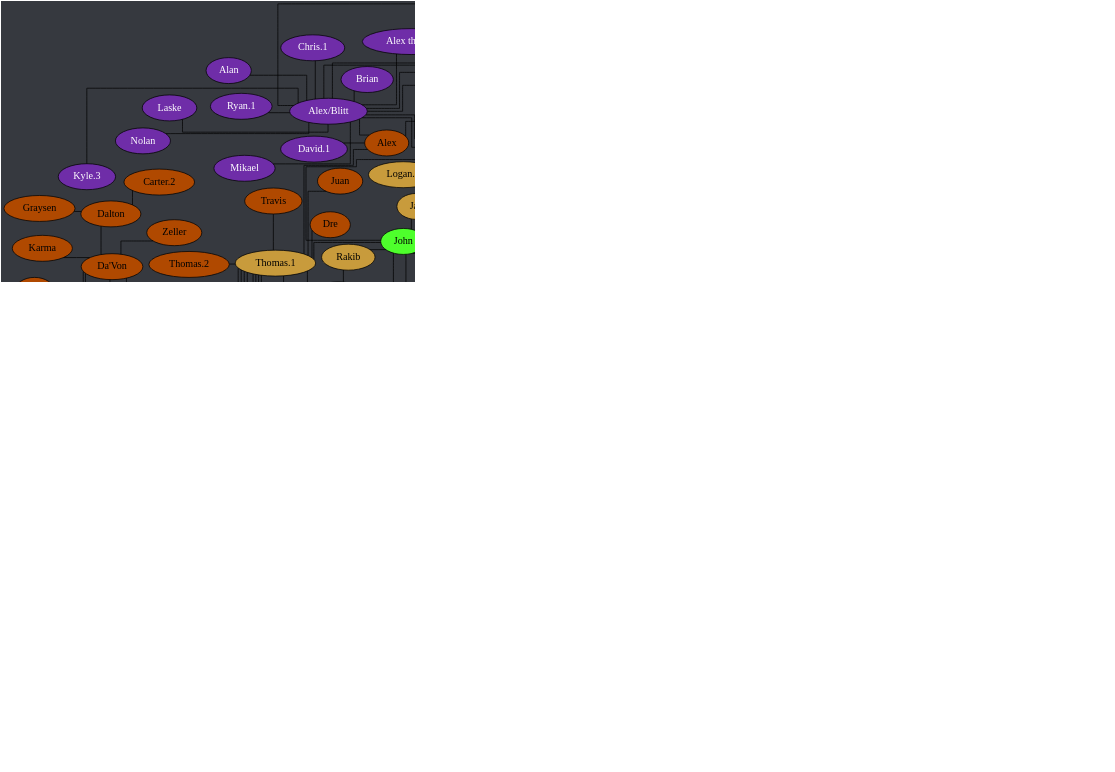
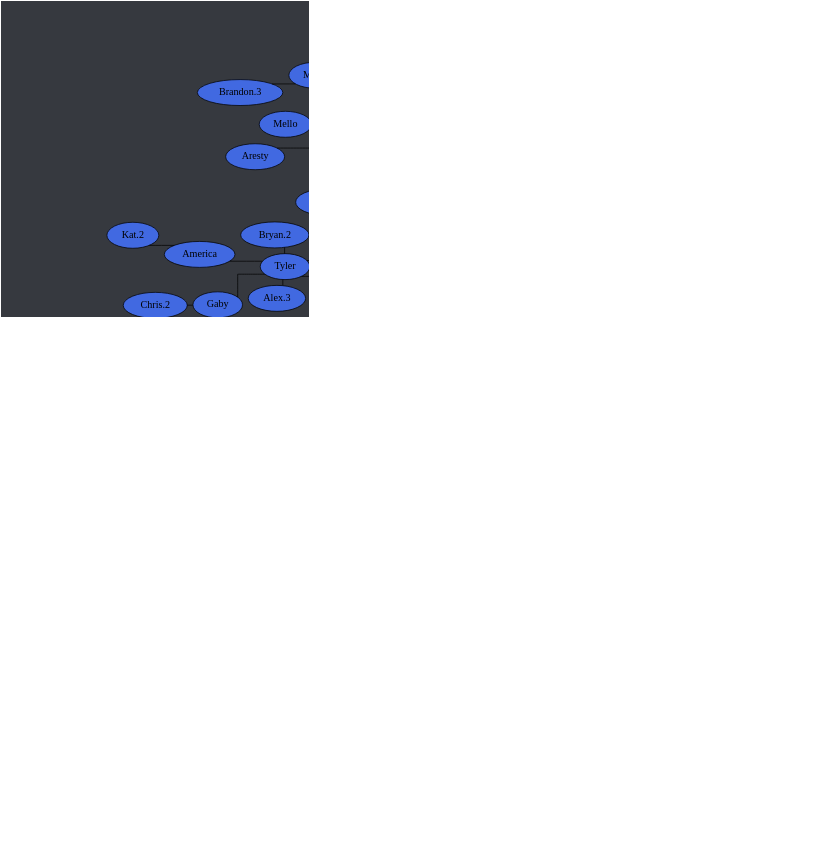
Before and after one commit to Documidas/CoronaCatzFamilyTree: the diagram in tree.dot, drawn with Graphviz. The commit also changed 1 other file, not shown here.

```diff
--- a/tree.dot
+++ b/tree.dot
@@ -20,16 +20,13 @@
 		Cayla -- Ali;
 		Cayla -- Jake;
 		Cayla -- Jonathan;
-		Cayla -- Kate;
 		Cayla -- "Nick.1";
 		Cayla -- Ranger;
 		Cayla -- Ross;
 		Joel -- Anders;
 		Joel -- Austin;
 		Joel -- Cayla;
-		Joel -- Conner;
 		Joel -- Jared;
-		Joel -- "Kat.1";
 		Joel -- Patrick;
 		Joel -- Steven;
 		Joel -- Zachry;
@@ -46,40 +43,31 @@
 		Anders -- Daniel;
 		Anders -- Derek;
 		Anders -- DJ;
-		Anders -- Hahnur;
 		Anders -- Jen;
 		Anders -- "Matt.2";
 		Anders -- Solis;
-		Anders -- Will;
 		Anders -- Wyatt;
 		Anders -- Viwat;
 		Anders -- "Zach.0";
 		Anders -- Zack;
-		Viwat -- Artur;
 	}
 
 	subgraph "Jared" {
 		node [ style=filled fillcolor="royalblue" fontcolor="black" ];
 		// Jared [ style=filled fillcolor="royalblue" fontcolor="black" ];
 
-		"Andrew.1" -- Hannah;
+		Aly -- "Nick.2";
 		America -- "Kat.2";
-		Bianca -- "Alex.2";
 		Brandi -- Justine;
 		"Bryan.1" -- "Brandon.2";
 		"Bryan.1" -- "Cody.2";
 		"Bryan.1" -- Lori;
 		"Bryan.1" -- "Matt.3";
 		"Bryan.1" -- Nebtune;
-		"Carter-1.0" -- Tom;
-		Chad -- Pie;
 		Donnie -- Aiyo;
+		Donnie -- "Alex.2";
 		Donnie -- Aresty;
-		Donnie -- Ashe;
-		Donnie -- Bianca;
 		Donnie -- "Bryan.1";
-		Donnie -- Darrock;
-		Donnie -- Eggie;
 		Donnie -- Hua;
 		Donnie -- Mello;
 		Donnie -- Mia;
@@ -87,60 +75,40 @@
 		Donnie -- Moon;
 		Donnie -- "Nick.2";
 		Donnie -- Naomi;
-		Donnie -- Rinni;
 		Donnie -- Serge;
-		Donnie -- Troy;
 		Donnie -- Vala;
 		Gaby -- "Chris.2";
-		Greg -- "Andrew.1";
-		Greg -- "Carter-1.0";
-		Greg -- Ina;
-		Greg -- "John Boi";
-		Greg -- Tails;
-		Greg -- Tanyon;
-		Hannah -- Raana;
 		Lori -- "Brandon.1";
 		Jared -- Alexander;
 		Jared -- Ben;
 		Jared -- Brandi;
+		Jared -- "Carter-1.0";
 		Jared -- Chad;
 		Jared -- Dave;
 		Jared -- Donnie;
 		Jared -- Em;
 		Jared -- Fabi;
 		Jared -- Frank;
-		Jared -- Greg;
-		Jared -- Isabelle;
-		Jared -- "Jack.2";
+		Jared -- Hannah;
+		Jared -- "John Boi";
 		Jared -- "Josh.2";
-		Jared -- Julie;
-		Jared -- Kamon;
 		Jared -- Mason;
 		Jared -- "Matt.1";
 		Jared -- Mehmet;
-		Jared -- Michael; 
 		Jared -- Nam;
 		Jared -- Pixie;
-		Jared -- Shannon;
 		Jared -- Spencer;
-		Jared -- Steff;
-		Jared -- "Tyler.1";
+		Jared -- Tyler;
 		Jared -- "Zach/Laniakea";
 		Jared -- Zoe;
 		"John Boi" -- Hardie;
-		Mason -- Tommy;
 		Mimi -- Hia;
 		Moon -- "Brandon.3";
-		Steff -- JC;
-		Troy -- Drake;
-		"Tyler.1" -- Aly;
-		"Tyler.1" -- "Alex.3";
-		"Tyler.1" -- America;
-		"Tyler.1" -- Andrey;
-		"Tyler.1" -- "Bryan.2";
-		"Tyler.1" -- Gaby;
-		"Tyler.1" -- Gage;
-		"Tyler.1" -- "Tyler.2";
+		Tyler -- Aly;
+		Tyler -- "Alex.3";
+		Tyler -- America;
+		Tyler -- "Bryan.2";
+		Tyler -- Gaby;
 		Zoe -- Aiden;
 	}
 
@@ -151,8 +119,6 @@
 		"Caio.2" -- "Kyle.1";
 		"Caio.2" -- Lucas;
 		"Ryan/Des" -- Marcus;
-		"Ryan/Wenger" -- Gracie;
-		"Zach/Laniakea" -- Allen;
 		"Zach/Laniakea" -- "Caio.2";
 		"Zach/Laniakea" -- John;
 		"Zach/Laniakea" -- "Logan.1";
@@ -175,47 +141,23 @@
 		John -- Jay;
 		John -- "Jack.1";
 		John -- Lara;
-		John -- Monarch;
-		John -- Rakib;
 		John -- "Thomas.1";
-		Rakib -- Hazel;
-	}
-
-	subgraph "John-stream" {
-		// node [ style=filled fillcolor="#9147ff" fontcolor="black" ];
-		node [ style=filled fillcolor="#c89b3c" fontcolor="black" ];
-
-		John -- "Michael/Wheezy";
 	}
 
 	subgraph "Thomas.1" {
 		node [ style=filled fillcolor="#b04900" fontcolor="black" ];
 		// "Thomas.1" [ style=filled fillcolor="#b04900" fontcolor="black" ];
 
-		"Da'Von" -- Brittany;
 		"Da'Von" -- Dalton;
 		"Da'Von" -- Jon;
 		"Da'Von" -- Karma;
-		"Da'Von" -- Ram;
 		"Da'Von" -- Zeller;
 		Dalton -- "Carter.2";
-		Dalton -- Graysen;
-		"Thomas.1" -- Ahmeed;
 		"Thomas.1" -- Alex;
-		"Thomas.1" -- Bob;
 		"Thomas.1" -- "Da'Von";
 		"Thomas.1" -- Dre;
-		"Thomas.1" -- JD;
 		"Thomas.1" -- "Josh.1";
-		"Thomas.1" -- Juan;
-		"Thomas.1" -- Pat;
-		"Thomas.1" -- Puff;
-		"Thomas.1" -- Taylor;
-		"Thomas.1" -- "Thomas.2";
 		"Thomas.1" -- "Tony.1";
-		"Thomas.1" -- "Tony.2";
-		"Thomas.1" -- Travis;
-		"Tony.1" -- Hari;
 	}
 
 	subgraph "Alex" {
@@ -223,24 +165,14 @@
 		// Alex [ style=filled fillcolor="#6f2da8" fontcolor="black" ];
 
 		Alex -- "Alex/Blitt";
-		Alex -- "David.1";
 		Alex -- Sam;
-		"Alex/Blitt" -- Alan;
-		"Alex/Blitt" -- "Alex the 3rd";
-		"Alex/Blitt" -- "Andrew.2";
 		"Alex/Blitt" -- Brian;
-		"Alex/Blitt" -- Carlos;
-		"Alex/Blitt" -- "Chris.1";
-		"Alex/Blitt" -- "David.2";
-		"Alex/Blitt" -- Dina;
 		"Alex/Blitt" -- Gabriel;
 		"Alex/Blitt" -- "Kyle.3";
-		"Alex/Blitt" -- Laske;
 		"Alex/Blitt" -- Mikael;
 		"Alex/Blitt" -- Nathan;
 		"Alex/Blitt" -- Nolan;
 		"Alex/Blitt" -- "Ryan.1";
-		"Alex/Blitt" -- "Sam.2";
 		Gabriel -- "Ryan.2";
 	}
 }
```
